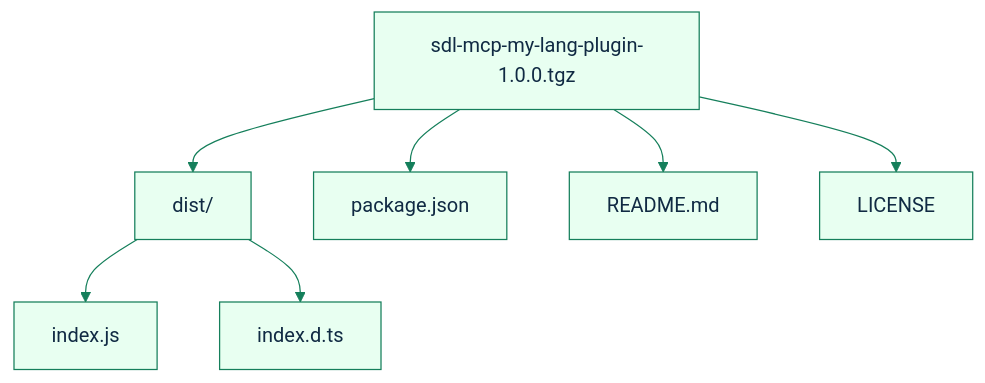
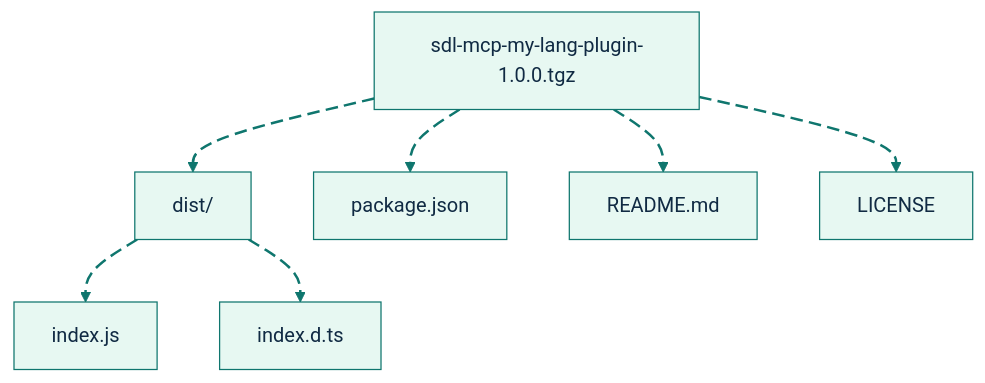
Before and after one commit to GlitterKill/sdl-mcp: the second of 2 diagrams in docs/plugin-sdk-author-guide.md, drawn with Mermaid. The commit also changed other lines of this file and 33 other files, not shown here.

First line of the commit message:
docs: update mermaid diagram themes and styling across documentation

````diff
--- a/docs/plugin-sdk-author-guide.md
+++ b/docs/plugin-sdk-author-guide.md
@@ -340,10 +349,19 @@
 ```mermaid
-%%{init: {"theme":"base","themeVariables":{"primaryColor":"#e8fff1","primaryBorderColor":"#157f5b","primaryTextColor":"#102a43","secondaryColor":"#eef6ff","secondaryBorderColor":"#2563eb","tertiaryColor":"#fff4d6","tertiaryBorderColor":"#b45309","lineColor":"#157f5b","fontFamily":"Trebuchet MS, Arial"},"flowchart":{"curve":"basis"}}}%%
+%%{init: {"theme":"base","themeVariables":{"background":"#ffffff","primaryColor":"#E7F8F2","primaryBorderColor":"#0F766E","primaryTextColor":"#102A43","secondaryColor":"#E8F1FF","secondaryBorderColor":"#2563EB","secondaryTextColor":"#102A43","tertiaryColor":"#FFF4D6","tertiaryBorderColor":"#B45309","tertiaryTextColor":"#102A43","lineColor":"#0F766E","textColor":"#102A43","fontFamily":"Inter, ui-sans-serif, system-ui, -apple-system, BlinkMacSystemFont, Segoe UI, sans-serif"},"flowchart":{"curve":"basis","htmlLabels":true}}}%%
 flowchart TD
-    Archive["sdl-mcp-my-lang-plugin-1.0.0.tgz"] --> Dist["dist/"]
-    Dist --> JS["index.js"]
-    Dist --> DTS["index.d.ts"]
-    Archive --> Package["package.json"]
-    Archive --> Readme["README.md"]
-    Archive --> License["LICENSE"]
+    Archive["sdl-mcp-my-lang-plugin-1.0.0.tgz"] e1@--> Dist["dist/"]
+    Dist e2@--> JS["index.js"]
+    Dist e3@--> DTS["index.d.ts"]
+    Archive e4@--> Package["package.json"]
+    Archive e5@--> Readme["README.md"]
+    Archive e6@--> License["LICENSE"]
+
+    classDef source fill:#E7F8F2,stroke:#0F766E,stroke-width:2px,color:#102A43;
+    classDef process fill:#E8F1FF,stroke:#2563EB,stroke-width:2px,color:#102A43;
+    classDef decision fill:#FFF4D6,stroke:#B45309,stroke-width:2px,color:#102A43;
+    classDef storage fill:#F2E8FF,stroke:#7C3AED,stroke-width:2px,color:#102A43;
+    classDef output fill:#FFE8EF,stroke:#BE123C,stroke-width:2px,color:#102A43;
+    classDef muted fill:#F8FAFC,stroke:#64748B,stroke-width:1px,color:#102A43;
+    classDef animate stroke:#0F766E,stroke-width:2px,stroke-dasharray:10\,5,stroke-dashoffset:900,animation:dash 22s linear infinite;
+    class e1,e2,e3,e4,e5,e6 animate;
 ```
````
